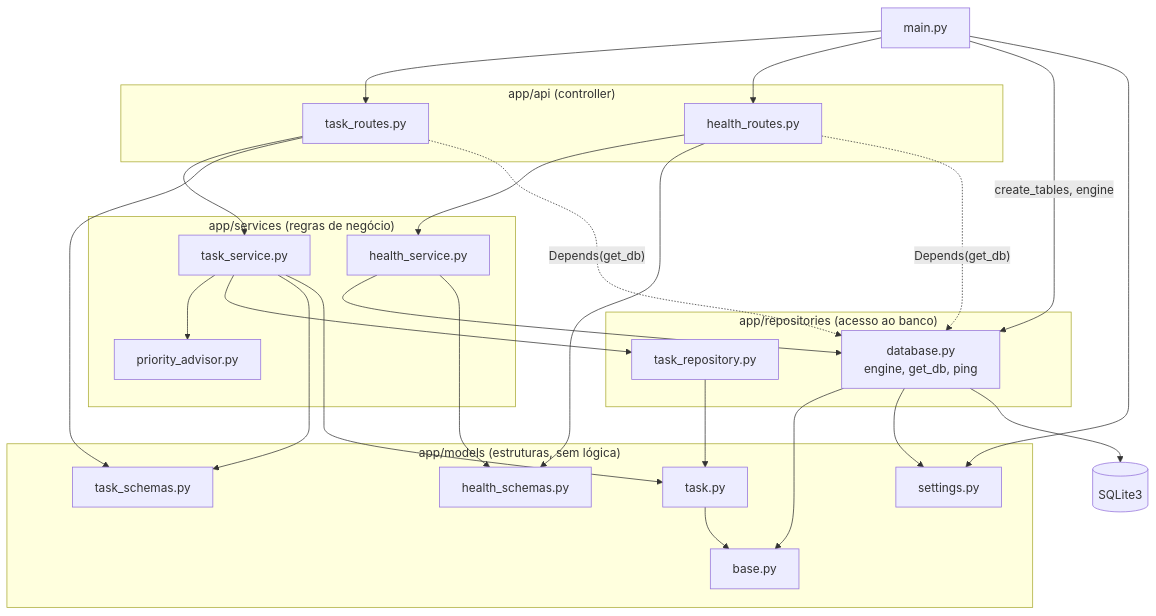
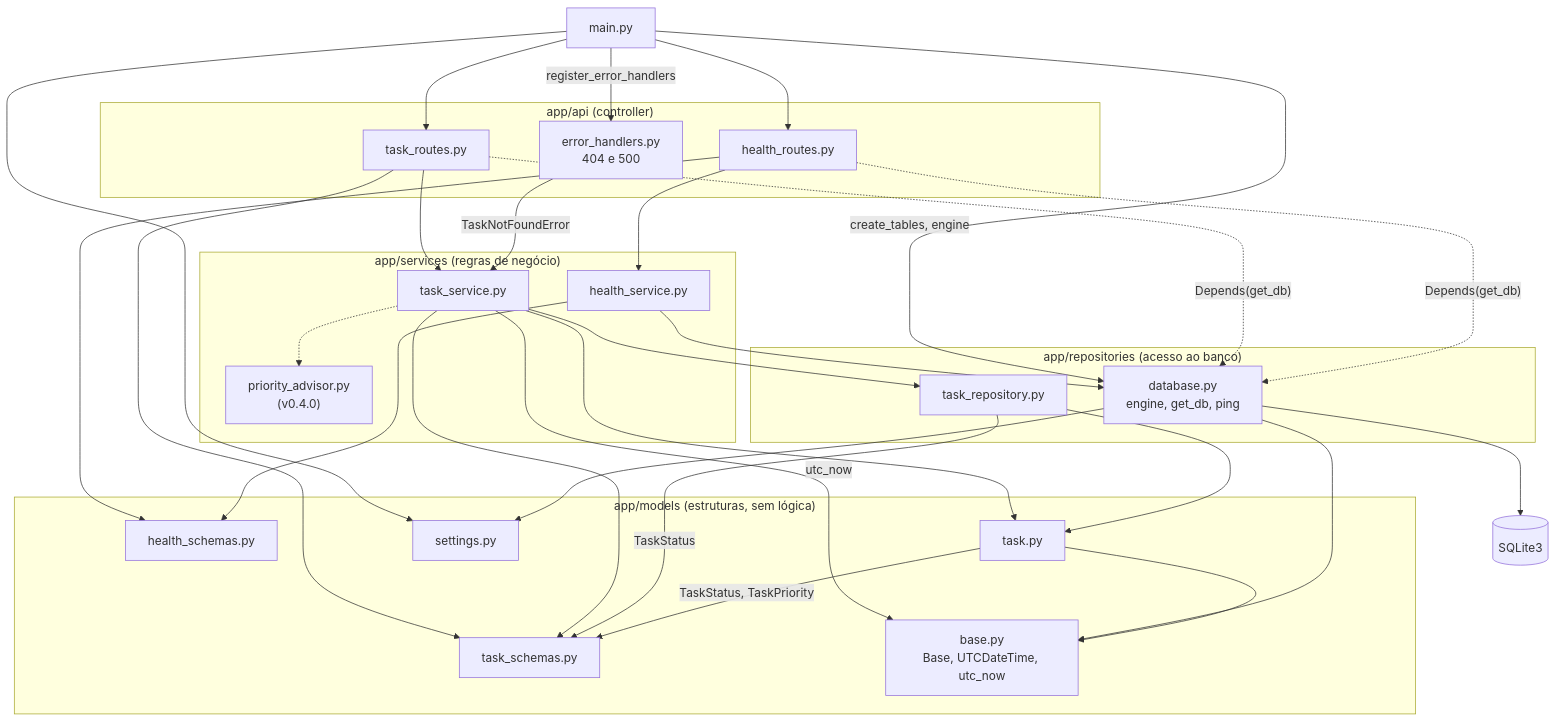
The first of 6 diagrams in docs/arquitetura.md (luisZsiqueira/laboratorio-projeto), drawn with Mermaid before and after one commit. The commit also changed other lines of this file and 11 other files, not shown here.

````diff
--- a/docs/arquitetura.md
+++ b/docs/arquitetura.md
@@ -23,56 +23,62 @@
 ```mermaid
 flowchart TD
     main["main.py"]
 
     subgraph api["app/api (controller)"]
         task_routes["task_routes.py"]
         health_routes["health_routes.py"]
+        error_handlers["error_handlers.py<br/>404 e 500"]
     end
 
     subgraph services["app/services (regras de negócio)"]
         task_service["task_service.py"]
-        priority_advisor["priority_advisor.py"]
+        priority_advisor["priority_advisor.py<br/>(v0.4.0)"]
         health_service["health_service.py"]
     end
 
     subgraph repositories["app/repositories (acesso ao banco)"]
         task_repository["task_repository.py"]
         database["database.py<br/>engine, get_db, ping"]
     end
 
     subgraph models["app/models (estruturas, sem lógica)"]
         task_schemas["task_schemas.py"]
         health_schemas["health_schemas.py"]
         task["task.py"]
-        base["base.py"]
+        base["base.py<br/>Base, UTCDateTime, utc_now"]
         settings["settings.py"]
     end
 
     db[("SQLite3")]
 
     main --> task_routes
     main --> health_routes
     main -->|"create_tables, engine"| database
     main --> settings
+    main -->|"register_error_handlers"| error_handlers
 
     task_routes --> task_service
     task_routes --> task_schemas
     health_routes --> health_service
     health_routes --> health_schemas
     task_routes -.->|"Depends(get_db)"| database
     health_routes -.->|"Depends(get_db)"| database
+    error_handlers -->|"TaskNotFoundError"| task_service
 
-    task_service --> priority_advisor
+    task_service -.-> priority_advisor
     task_service --> task_repository
     task_service --> task_schemas
     task_service --> task
+    task_service -->|"utc_now"| base
     health_service --> database
     health_service --> health_schemas
 
     task_repository --> task
+    task_repository -->|"TaskStatus"| task_schemas
     database --> base
     database --> settings
     task --> base
+    task -->|"TaskStatus, TaskPriority"| task_schemas
 
     database --> db
 ```
````
